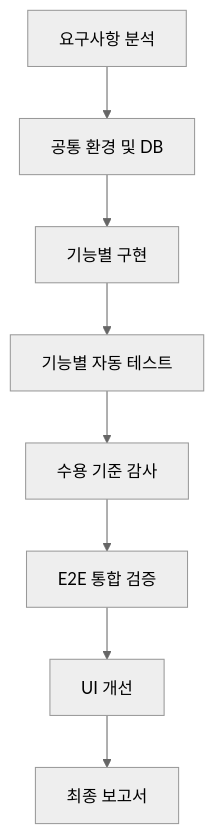
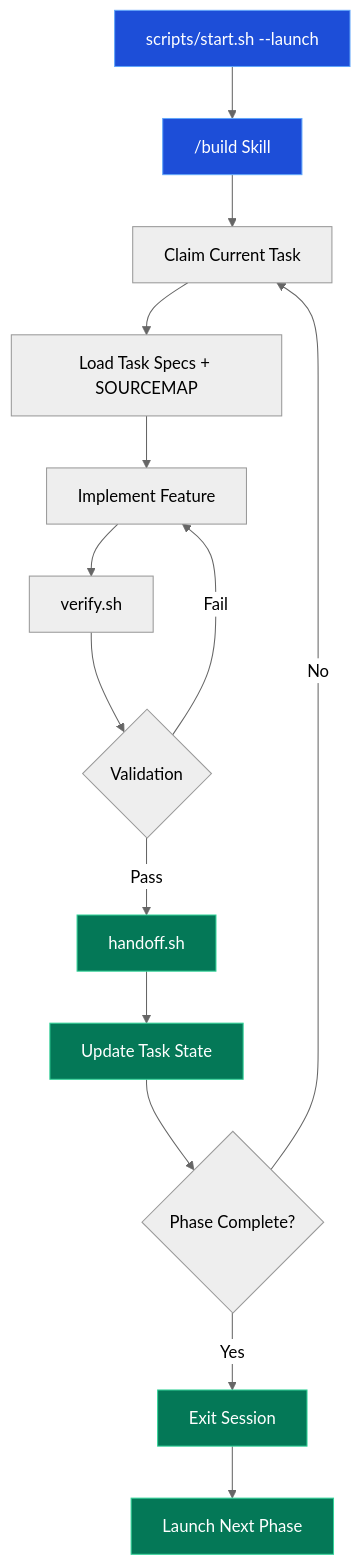
One commit to Jihoons-Growthlab/shipyard-claude changed the second of 4 diagrams in README.md. Above: the diagram before and after it, drawn with Mermaid (neutral theme). The commit also changed other lines of this file, not shown here.

````diff
--- a/README.md
+++ b/README.md
@@ -273,10 +215,21 @@
 ```mermaid
 flowchart TD
-    A["요구사항 분석"] --> B["공통 환경 및 DB"]
-    B --> C["기능별 구현"]
-    C --> D["기능별 자동 테스트"]
-    D --> E["수용 기준 감사"]
-    E --> F["E2E 통합 검증"]
-    F --> G["UI 개선"]
-    G --> H["최종 보고서"]
+    A["scripts/start.sh --launch"] --> B["/build Skill"]
+    B --> C["Claim Current Task"]
+    C --> D["Load Task Specs + SOURCEMAP"]
+    D --> E["Implement Feature"]
+    E --> F["verify.sh"]
+    F --> G{"Validation"}
+    G -->|Pass| H["handoff.sh"]
+    G -->|Fail| E
+    H --> I["Update Task State"]
+    I --> J{"Phase Complete?"}
+    J -->|No| C
+    J -->|Yes| K["Exit Session"]
+    K --> L["Launch Next Phase"]
+
+    classDef core fill:#1d4ed8,color:#fff,stroke:#60a5fa
+    classDef success fill:#047857,color:#fff,stroke:#34d399
+    class A,B core
+    class H,I,K,L success
 ```
````
